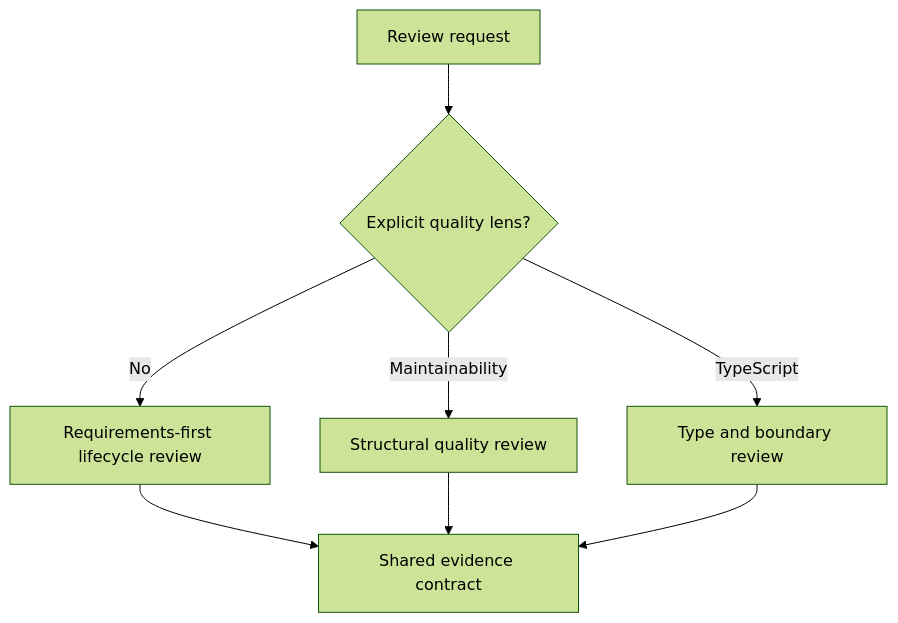
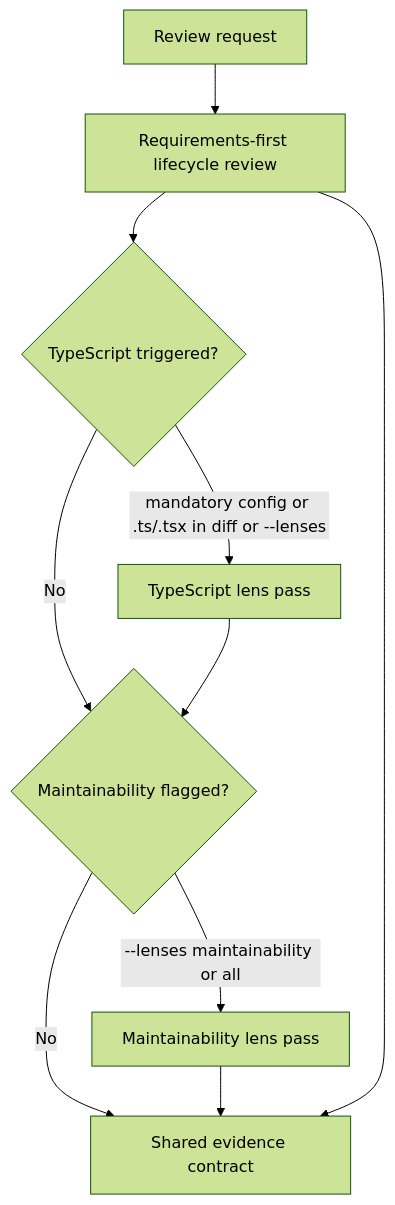
One commit to Monolith-INC/monolithic-code-review-toolkit changed the diagram in AI_Codex/Architecture/ADR/ADR-0002-intent-first-core-and-opt-in-quality-lenses.md. Above: the diagram before and after it, drawn with Mermaid (forest theme). The commit also changed other lines of this file and 15 other files, not shown here.

First line of the commit message:
feat: auto TypeScript lens and --lenses flags on lifecycle reviews

````diff
--- a/AI_Codex/Architecture/ADR/ADR-0002-intent-first-core-and-opt-in-quality-lenses.md
+++ b/AI_Codex/Architecture/ADR/ADR-0002-intent-first-core-and-opt-in-quality-lenses.md
@@ -33,10 +33,12 @@
 ```mermaid
 flowchart TD
-    A[Review request] --> B{Explicit quality lens?}
-    B -->|No| C[Requirements-first lifecycle review]
-    B -->|Maintainability| D[Structural quality review]
-    B -->|TypeScript| E[Type and boundary review]
-    C --> F[Shared evidence contract]
+    A[Review request] --> C[Requirements-first lifecycle review]
+    C --> G{TypeScript triggered?}
+    G -->|mandatory config or .ts/.tsx in diff or --lenses| E[TypeScript lens pass]
+    G -->|No| H{Maintainability flagged?}
+    E --> H
+    H -->|--lenses maintainability or all| D[Maintainability lens pass]
+    H -->|No| F[Shared evidence contract]
     D --> F
-    E --> F
+    C --> F
 ```
````
